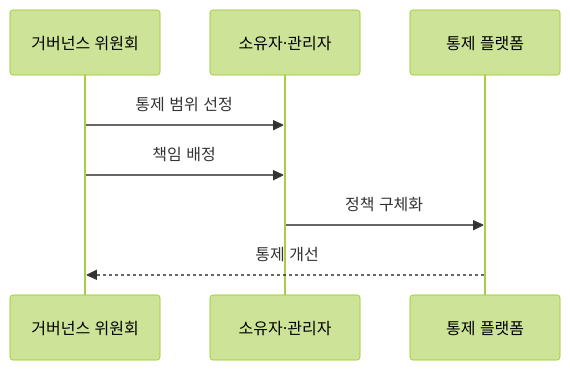
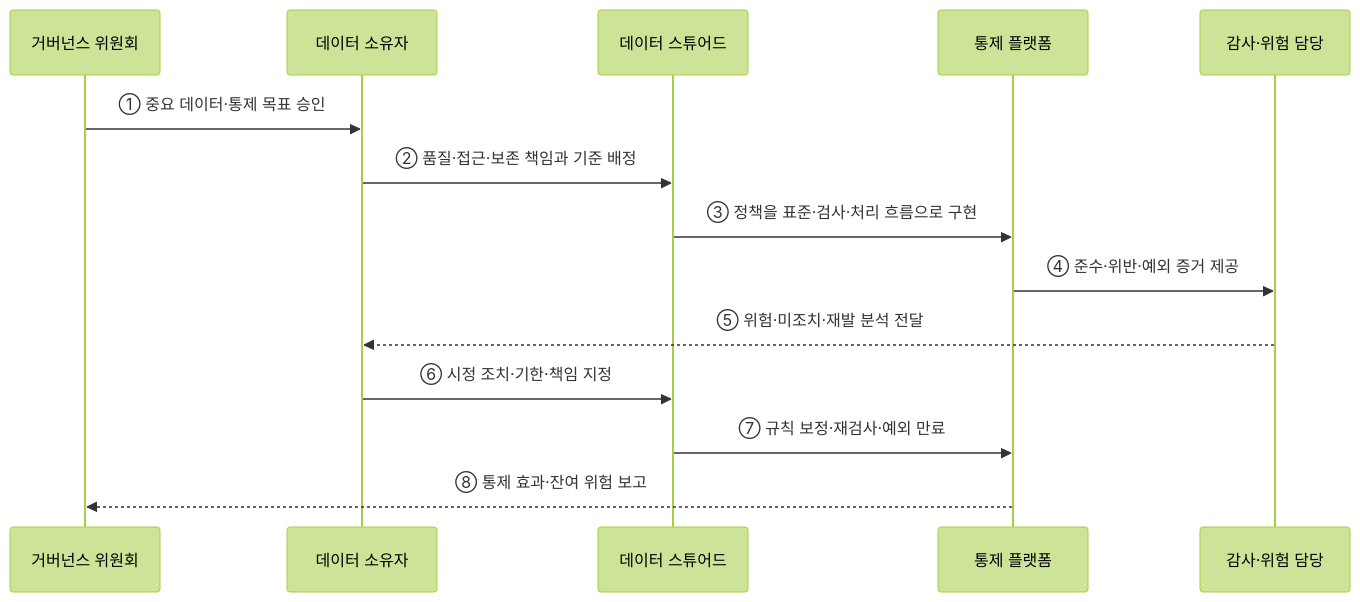
One commit to agnusdei1207/knowledge-base changed the second of 2 diagrams in src/content/docs/notes/03-software/135_data_governance.md. Above: the diagram before and after it, drawn with Mermaid (forest theme). The commit also changed other lines of this file and 20 other files, not shown here.

````diff
--- a/src/content/docs/notes/03-software/135_data_governance.md
+++ b/src/content/docs/notes/03-software/135_data_governance.md
@@ -82,10 +73,16 @@
 ```mermaid
 sequenceDiagram
     participant G as 거버넌스 위원회
-    participant O as 소유자·관리자
+    participant O as 데이터 소유자
+    participant S as 데이터 스튜어드
     participant P as 통제 플랫폼
-    G->>O: 통제 범위 선정
-    G->>O: 책임 배정
-    O->>P: 정책 구체화
-    P-->>G: 통제 개선
+    participant A as 감사·위험 담당
+    G->>O: ① 중요 데이터·통제 목표 승인
+    O->>S: ② 품질·접근·보존 책임과 기준 배정
+    S->>P: ③ 정책을 표준·검사·처리 흐름으로 구현
+    P->>A: ④ 준수·위반·예외 증거 제공
+    A-->>O: ⑤ 위험·미조치·재발 분석 전달
+    O->>S: ⑥ 시정 조치·기한·책임 지정
+    S->>P: ⑦ 규칙 보정·재검사·예외 만료
+    P-->>G: ⑧ 통제 효과·잔여 위험 보고
 ```
````
